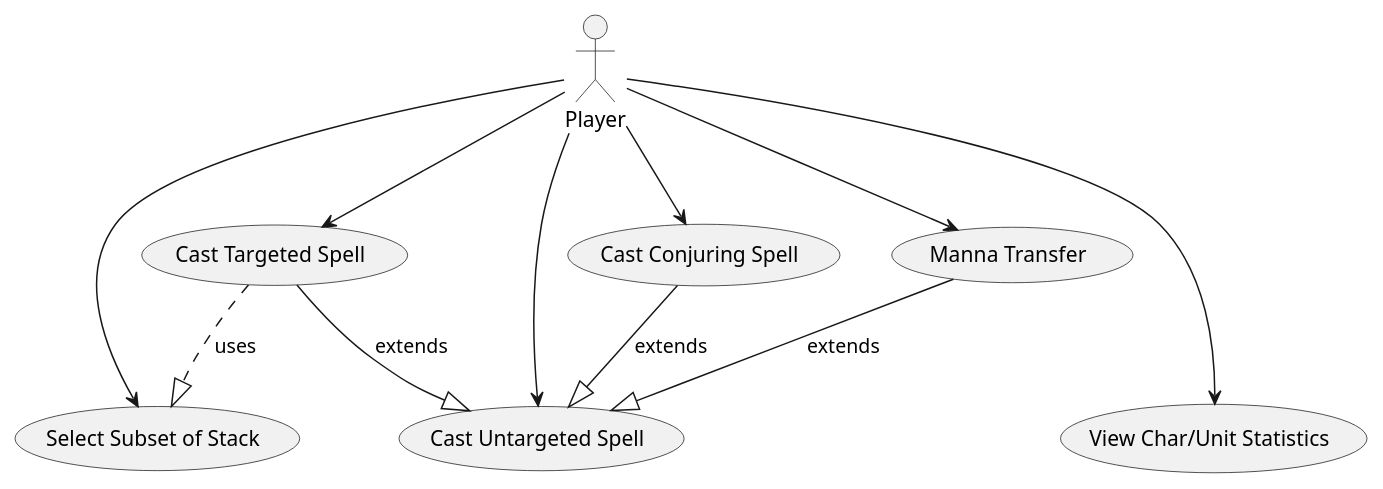
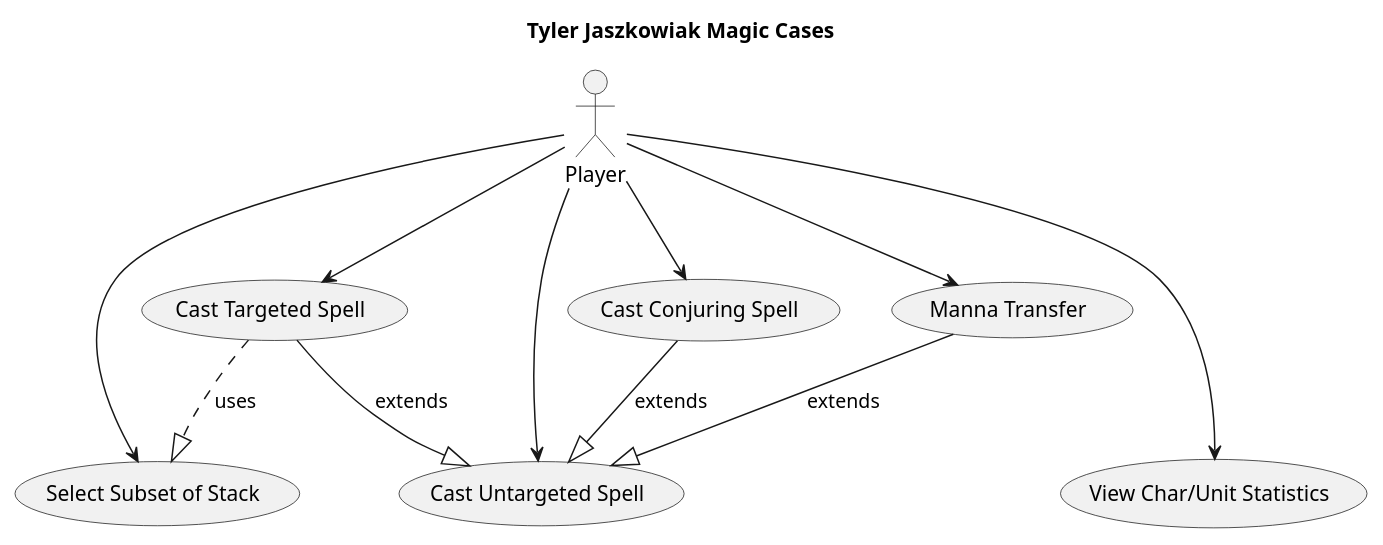
Before and after one commit to clif7786/hw2_a: the diagram in jasz_diagrams/use_cases_magic.pu, drawn with PlantUML. The commit also changed 8 other files, not shown here.

```diff
--- a/jasz_diagrams/use_cases_magic.pu
+++ b/jasz_diagrams/use_cases_magic.pu
@@ -1,16 +1,18 @@
 @startuml
+title Tyler Jaszkowiak Magic Cases
+
 actor Player
 
 Player --->    (Select Subset of Stack)
 
 Player --->    (View Char/Unit Statistics)
 Player --> (Cast Untargeted Spell)
 Player --> (Cast Targeted Spell)
 (Cast Targeted Spell) --|> (Cast Untargeted Spell) :extends
 (Cast Targeted Spell) ..|> (Select Subset of Stack) :uses
 Player --> (Cast Conjuring Spell)
 (Cast Conjuring Spell) --|> (Cast Untargeted Spell) :extends
 Player --> (Manna Transfer)
 (Manna Transfer) --|> (Cast Untargeted Spell) :extends
 
 @enduml
```
